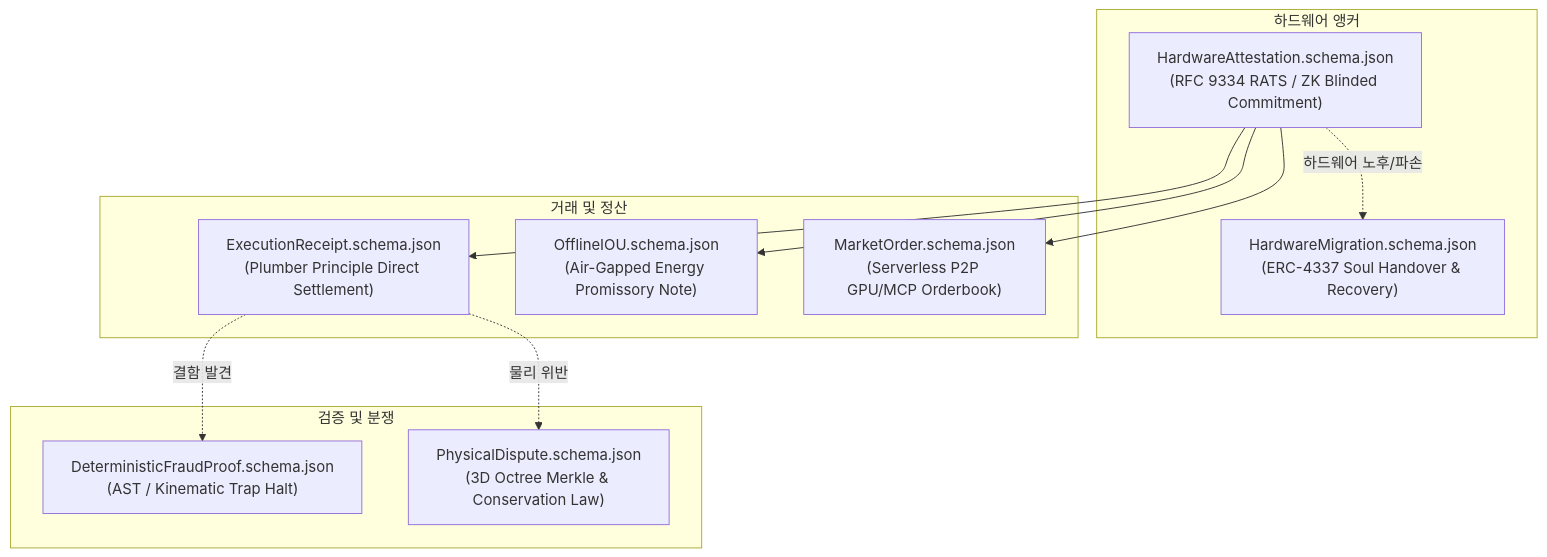
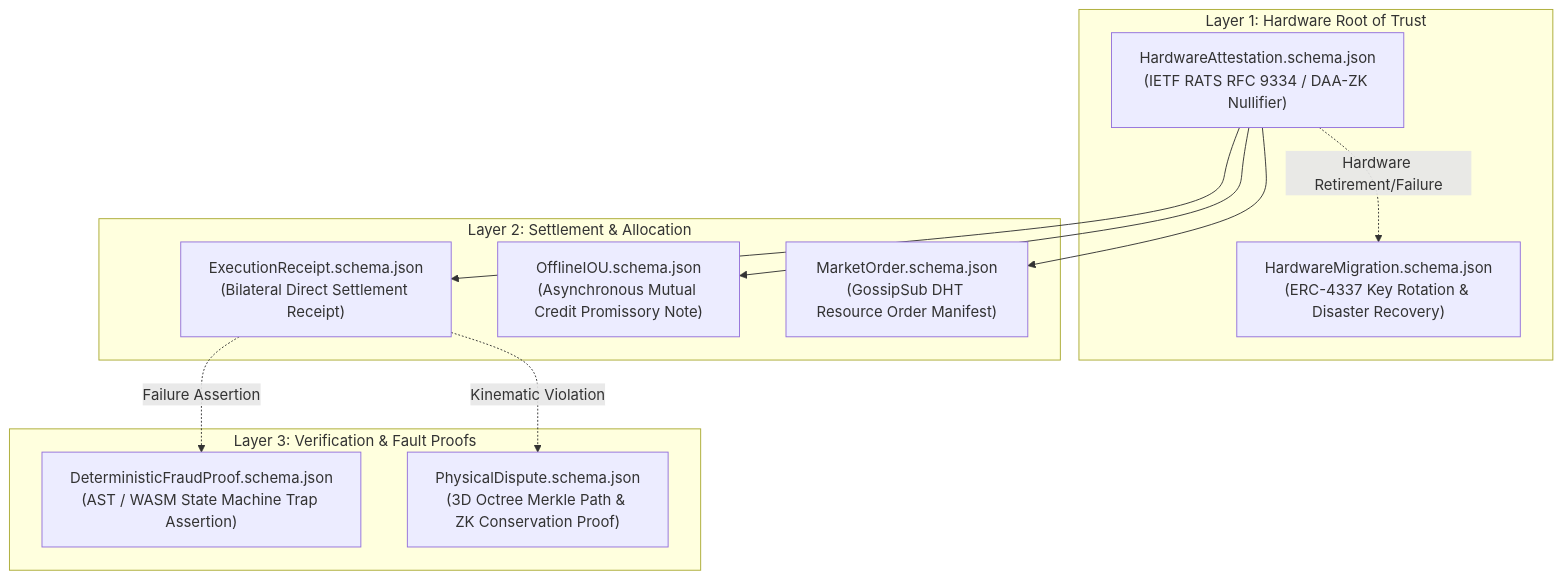
One commit to Team-Sequence-Thaumaturge/AER changed the diagram in schemas/README.md. Above: the diagram before and after it, drawn with Mermaid. The commit also changed other lines of this file and 7 other files, not shown here.

Commit message:
docs(schemas): refactor schema definitions and documentation to formal RFC/IEEE engineering specifications

````diff
--- a/schemas/README.md
+++ b/schemas/README.md
@@ -9,25 +9,25 @@
 ```mermaid
 graph TD
-    subgraph Silicon [하드웨어 앵커]
-        HA["HardwareAttestation.schema.json<br/>(RFC 9334 RATS / ZK Blinded Commitment)"]
-        HM["HardwareMigration.schema.json<br/>(ERC-4337 Soul Handover & Recovery)"]
+    subgraph HardwareAnchor [Layer 1: Hardware Root of Trust]
+        HA["HardwareAttestation.schema.json<br/>(IETF RATS RFC 9334 / DAA-ZK Nullifier)"]
+        HM["HardwareMigration.schema.json<br/>(ERC-4337 Key Rotation & Disaster Recovery)"]
     end
 
-    subgraph Settlement [거래 및 정산]
-        ER["ExecutionReceipt.schema.json<br/>(Plumber Principle Direct Settlement)"]
-        IOU["OfflineIOU.schema.json<br/>(Air-Gapped Energy Promissory Note)"]
-        MO["MarketOrder.schema.json<br/>(Serverless P2P GPU/MCP Orderbook)"]
+    subgraph SettlementLayer [Layer 2: Settlement & Allocation]
+        ER["ExecutionReceipt.schema.json<br/>(Bilateral Direct Settlement Receipt)"]
+        IOU["OfflineIOU.schema.json<br/>(Asynchronous Mutual Credit Promissory Note)"]
+        MO["MarketOrder.schema.json<br/>(GossipSub DHT Resource Order Manifest)"]
     end
 
-    subgraph Dispute [검증 및 분쟁]
-        DFP["DeterministicFraudProof.schema.json<br/>(AST / Kinematic Trap Halt)"]
-        PD["PhysicalDispute.schema.json<br/>(3D Octree Merkle & Conservation Law)"]
+    subgraph DisputeLayer [Layer 3: Verification & Fault Proofs]
+        DFP["DeterministicFraudProof.schema.json<br/>(AST / WASM State Machine Trap Assertion)"]
+        PD["PhysicalDispute.schema.json<br/>(3D Octree Merkle Path & ZK Conservation Proof)"]
     end
 
     HA --> ER
     HA --> IOU
     HA --> MO
-    ER -.결함 발견.-> DFP
-    ER -.물리 위반.-> PD
-    HA -.하드웨어 노후/파손.-> HM
+    ER -.Failure Assertion.-> DFP
+    ER -.Kinematic Violation.-> PD
+    HA -.Hardware Retirement/Failure.-> HM
 ```
````
